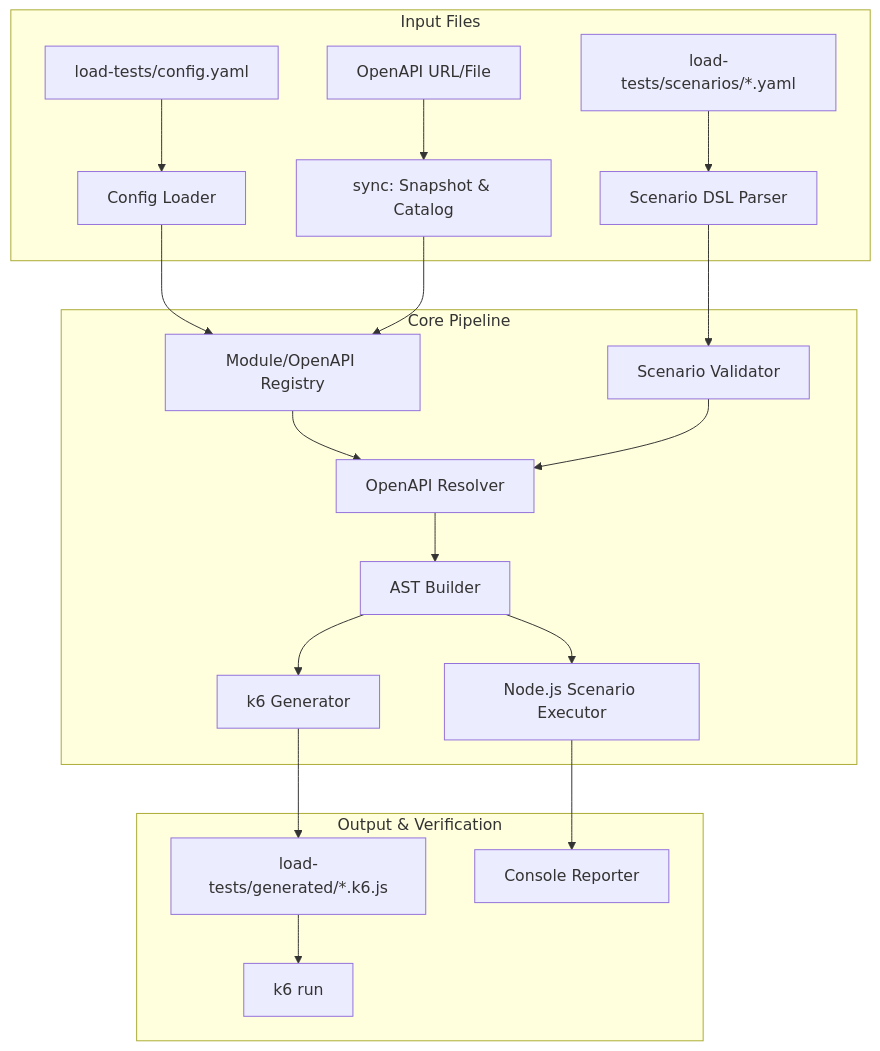
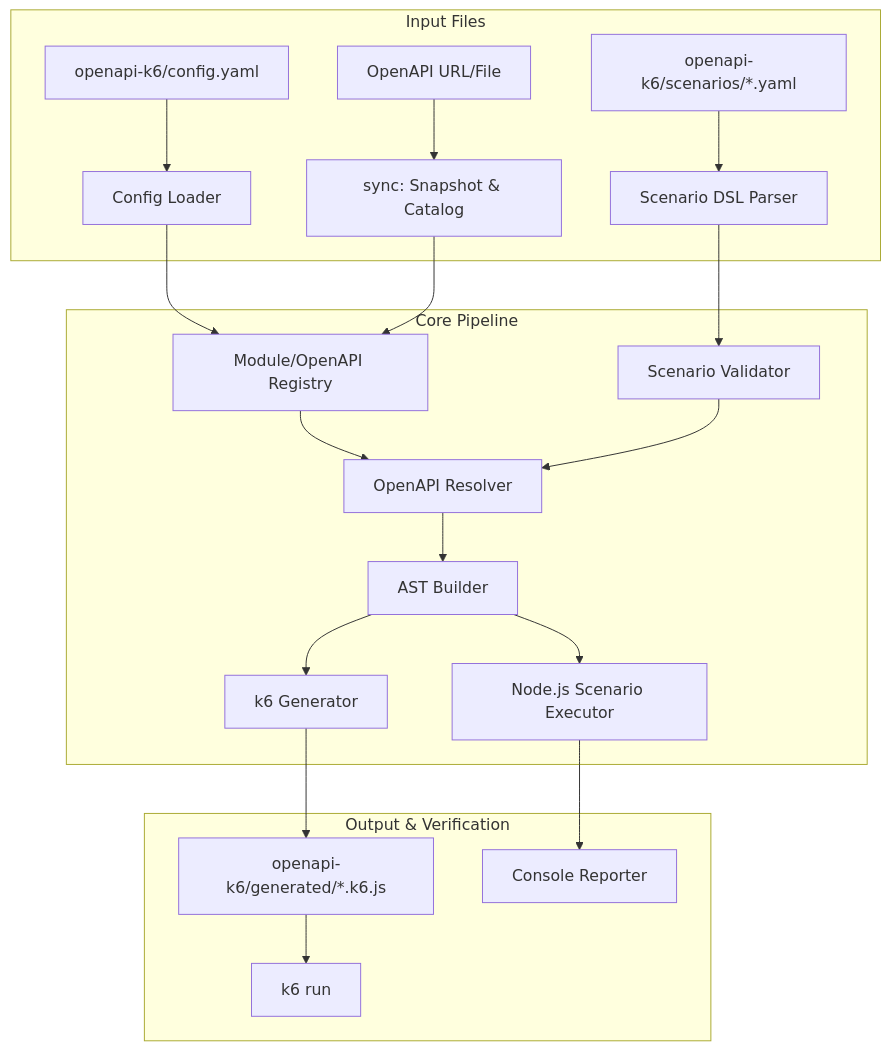
Before and after one commit to aqwsde321/openapi-k6-runner: the diagram in docs/project-review.md, drawn with Mermaid. The commit also changed other lines of this file and 19 other files, not shown here.

````diff
--- a/docs/project-review.md
+++ b/docs/project-review.md
@@ -9,25 +9,25 @@
 ```mermaid
 graph TD
     subgraph inputFiles["Input Files"]
-        C["load-tests/config.yaml"] --> Loader["Config Loader"]
-        S["load-tests/scenarios/*.yaml"] --> Parser["Scenario DSL Parser"]
+        C["openapi-k6/config.yaml"] --> Loader["Config Loader"]
+        S["openapi-k6/scenarios/*.yaml"] --> Parser["Scenario DSL Parser"]
         O["OpenAPI URL/File"] --> Sync["sync: Snapshot & Catalog"]
     end
 
     subgraph corePipeline["Core Pipeline"]
         Loader --> Registry["Module/OpenAPI Registry"]
         Parser --> Validator["Scenario Validator"]
         Sync --> Registry
         Registry --> Resolver["OpenAPI Resolver"]
         Validator --> Resolver
         Resolver --> ASTBuilder["AST Builder"]
         ASTBuilder --> Generator["k6 Generator"]
         ASTBuilder --> Executor["Node.js Scenario Executor"]
     end
 
     subgraph outputs["Output & Verification"]
-        Generator --> K6Script["load-tests/generated/*.k6.js"]
+        Generator --> K6Script["openapi-k6/generated/*.k6.js"]
         Executor --> Reporter["Console Reporter"]
         K6Script --> K6["k6 run"]
     end
 ```
````
